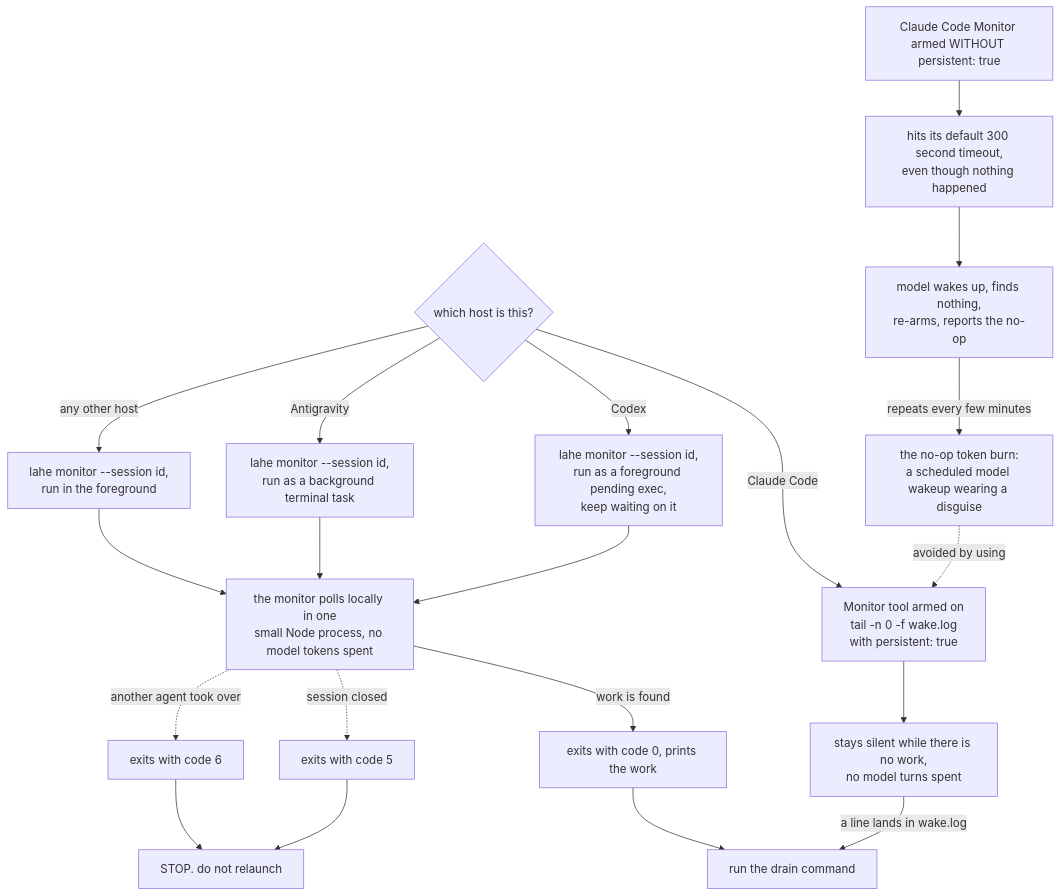
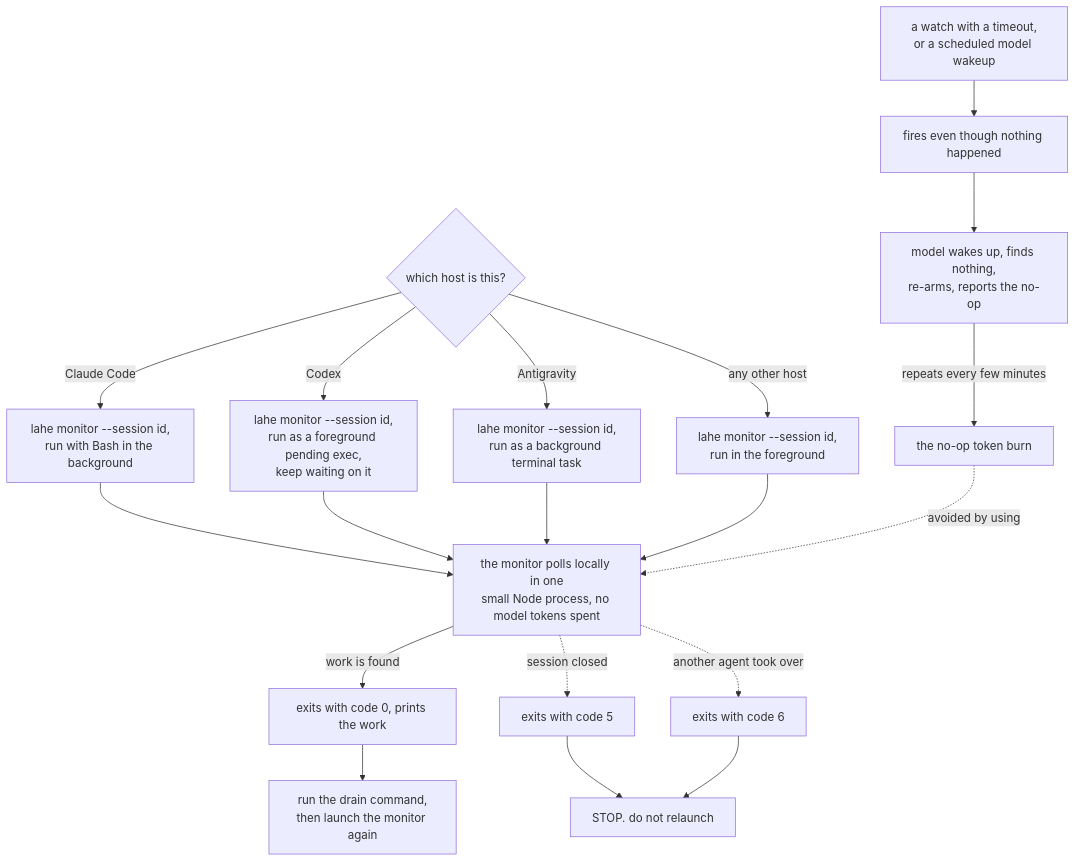
Before and after one commit to kenxle/live-agentic-html-editor: the second of 2 diagrams in docs/diagrams/agent_workflow.md, drawn with Mermaid. The commit also changed other lines of this file and 3 other files, not shown here.

First line of the commit message:
CLAUDE.md: the skill and the contract travel together; diagrams follow

````diff
--- a/docs/diagrams/agent_workflow.md
+++ b/docs/diagrams/agent_workflow.md
@@ -34,27 +34,25 @@
 ```mermaid
 flowchart TD
     Host{"which host is this?"}
-    Host -->|"Claude Code"| CC["Monitor tool armed on<br/>tail -n 0 -f wake.log<br/>with persistent: true"]
+    Host -->|"Claude Code"| CC["lahe monitor --session id,<br/>run with Bash in the background"]
     Host -->|"Codex"| Cx["lahe monitor --session id,<br/>run as a foreground pending exec,<br/>keep waiting on it"]
     Host -->|"Antigravity"| AG["lahe monitor --session id,<br/>run as a background terminal task"]
     Host -->|"any other host"| Oth["lahe monitor --session id,<br/>run in the foreground"]
 
-    CC --> Silent["stays silent while there is no work,<br/>no model turns spent"]
-    Silent -->|"a line lands in wake.log"| Drain1["run the drain command"]
-
+    CC --> LocalPoll
     Cx --> LocalPoll["the monitor polls locally in one<br/>small Node process, no model tokens spent"]
     AG --> LocalPoll
     Oth --> LocalPoll
     LocalPoll -->|"work is found"| Exit0["exits with code 0, prints the work"]
-    Exit0 --> Drain1
+    Exit0 --> Drain1["run the drain command,<br/>then launch the monitor again"]
 
     LocalPoll -.->|"session closed"| Exit5["exits with code 5"]
     LocalPoll -.->|"another agent took over"| Exit6["exits with code 6"]
     Exit5 --> Stop["STOP. do not relaunch"]
     Exit6 --> Stop
 
-    Danger["Claude Code Monitor armed WITHOUT persistent: true"] --> Timeout["hits its default 300 second timeout,<br/>even though nothing happened"]
+    Danger["a watch with a timeout,<br/>or a scheduled model wakeup"] --> Timeout["fires even though nothing happened"]
     Timeout --> Relaunch["model wakes up, finds nothing,<br/>re-arms, reports the no-op"]
-    Relaunch -->|"repeats every few minutes"| NoOp["the no-op token burn:<br/>a scheduled model wakeup wearing a disguise"]
-    NoOp -.->|"avoided by using"| CC
+    Relaunch -->|"repeats every few minutes"| NoOp["the no-op token burn"]
+    NoOp -.->|"avoided by using"| LocalPoll
 ```
````
